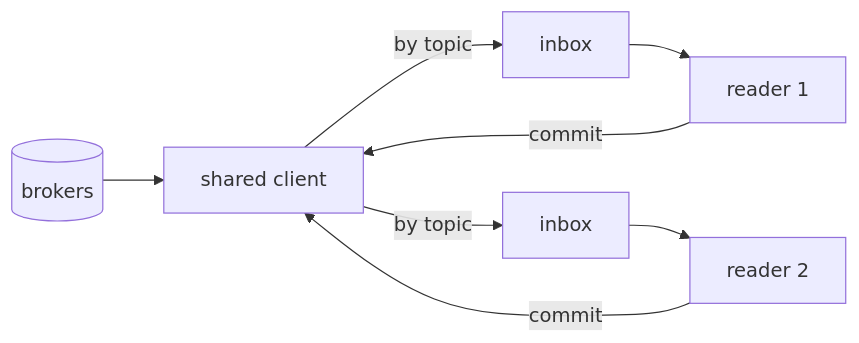
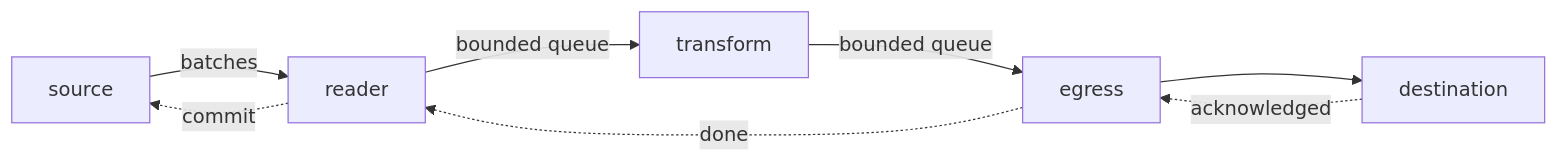
The diagram in docs/architecture/runtime-stages.md (smeltr-sh/smeltr), drawn with Mermaid before and after one commit. The commit also changed other lines of this file and 6 other files, not shown here.

````diff
--- a/docs/architecture/runtime-stages.md
+++ b/docs/architecture/runtime-stages.md
@@ -68,7 +13,10 @@
 ```mermaid
 flowchart LR
-  B[(brokers)] --> C[shared client]
-  C -->|by topic| I1[inbox] --> R1[reader 1]
-  C -->|by topic| I2[inbox] --> R2[reader 2]
-  R1 & R2 -->|commit| C
+  S[source] -->|batches| R[reader]
+  R -->|bounded queue| T[transform]
+  T -->|bounded queue| E[egress]
+  E --> D[destination]
+  D -.->|acknowledged| E
+  E -.->|done| R
+  R -.->|commit| S
 ```
````
